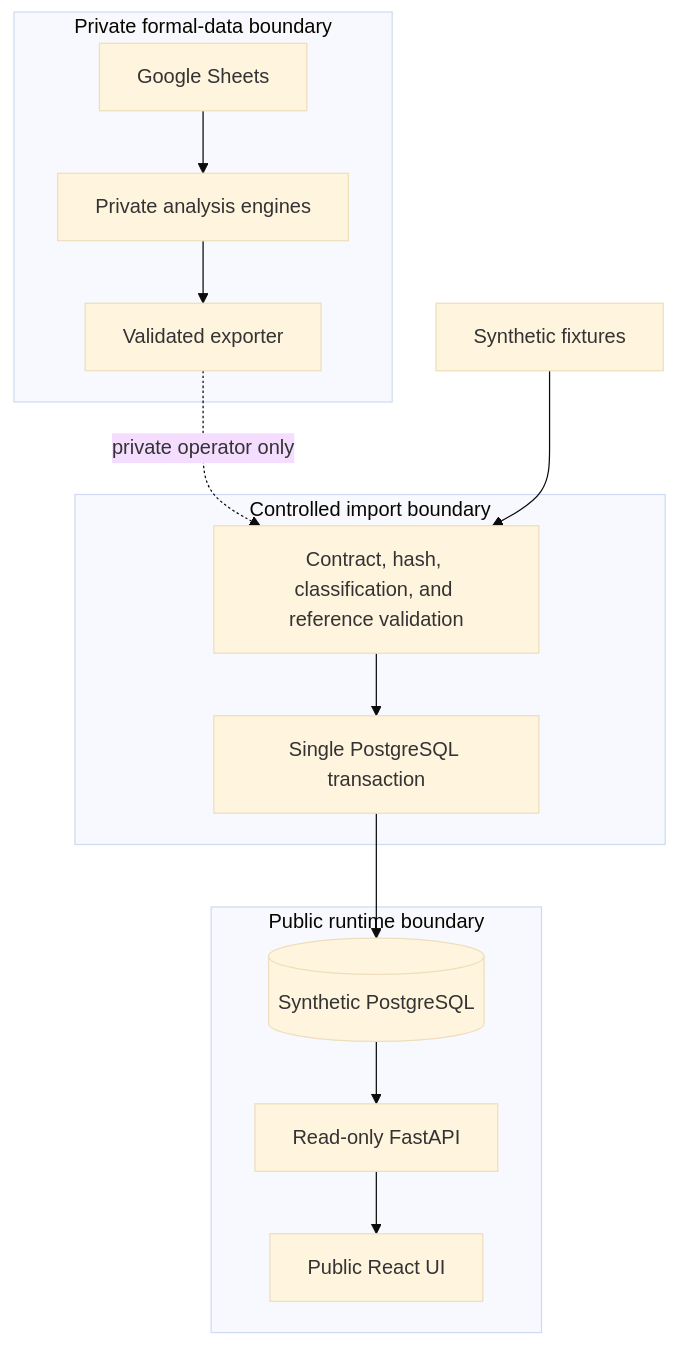
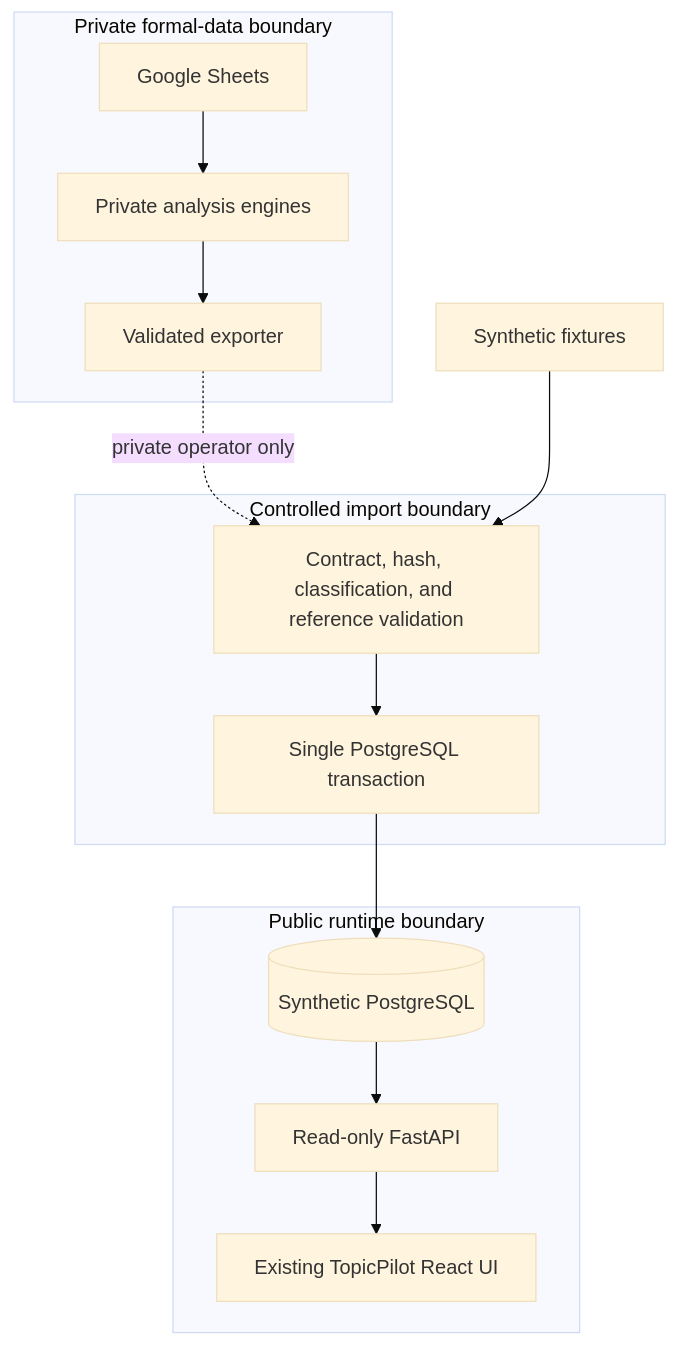
Before and after one commit to Xiezhou0828/topicpilot-platform: the diagram in docs/architecture/system-overview.md, drawn with Mermaid (base theme). The commit also changed other lines of this file and 109 other files, not shown here.

Commit message:
refactor(web): reuse original TopicPilot frontend

````diff
--- a/docs/architecture/system-overview.md
+++ b/docs/architecture/system-overview.md
@@ -24,26 +24,26 @@
 ```mermaid
 flowchart TB
     subgraph T1["Private formal-data boundary"]
       GS["Google Sheets"]
       PY["Private analysis engines"]
       EX["Validated exporter"]
       GS --> PY --> EX
     end
 
     subgraph T2["Controlled import boundary"]
       VAL["Contract, hash, classification, and reference validation"]
       TX["Single PostgreSQL transaction"]
       VAL --> TX
     end
 
     subgraph T3["Public runtime boundary"]
       DB[("Synthetic PostgreSQL")]
       API["Read-only FastAPI"]
-      UI["Public React UI"]
+      UI["Existing TopicPilot React UI"]
       DB --> API --> UI
     end
 
     EX -. "private operator only" .-> VAL
     SYN["Synthetic fixtures"] --> VAL
     TX --> DB
 ```
````
